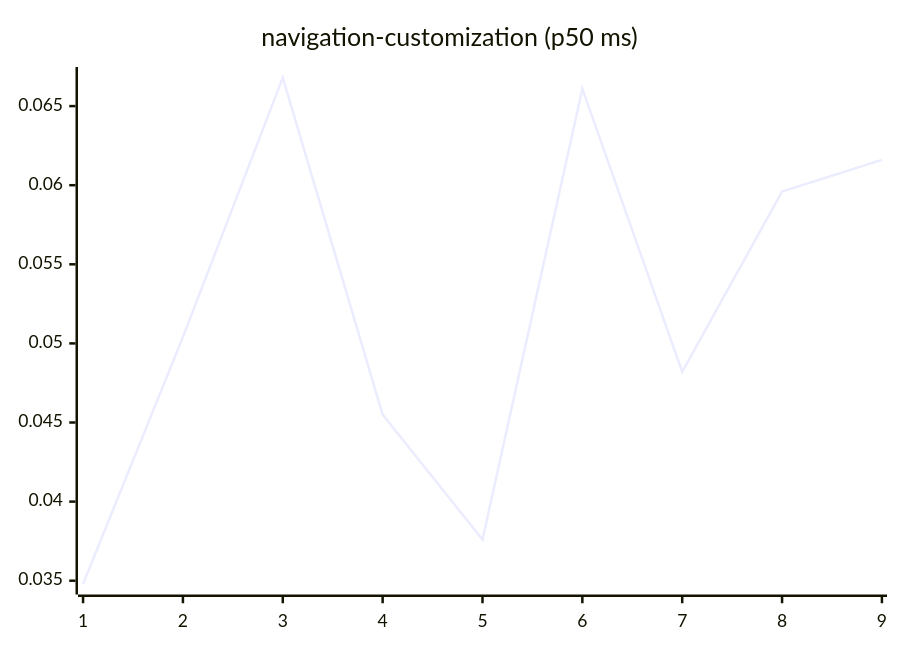
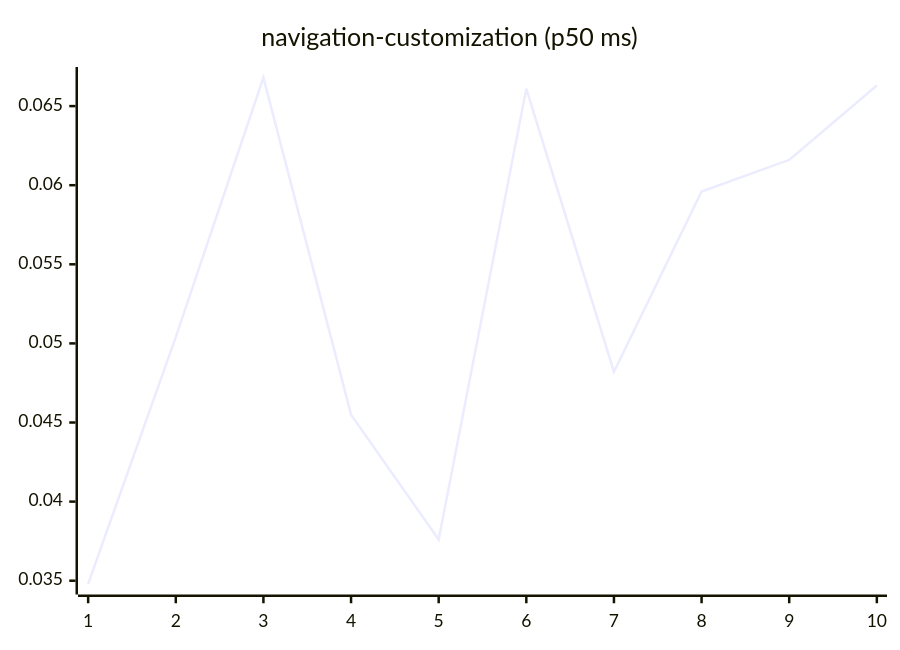
One commit to josha/Facet changed diagram 15 of 27 in README.md. Above: the diagram before and after it, drawn with Mermaid. The commit also changed other lines of this file and 2 other files, not shown here.

````diff
--- a/README.md
+++ b/README.md
@@ -161,6 +161,6 @@
 ```mermaid
 xychart-beta
     title "navigation-customization (p50 ms)"
-    x-axis 1 --> 9
-    line [0.0348, 0.0504, 0.0668, 0.0455, 0.0376, 0.0661, 0.0482, 0.0596, 0.0616]
+    x-axis 1 --> 10
+    line [0.0348, 0.0504, 0.0668, 0.0455, 0.0376, 0.0661, 0.0482, 0.0596, 0.0616, 0.0663]
 ```
````
